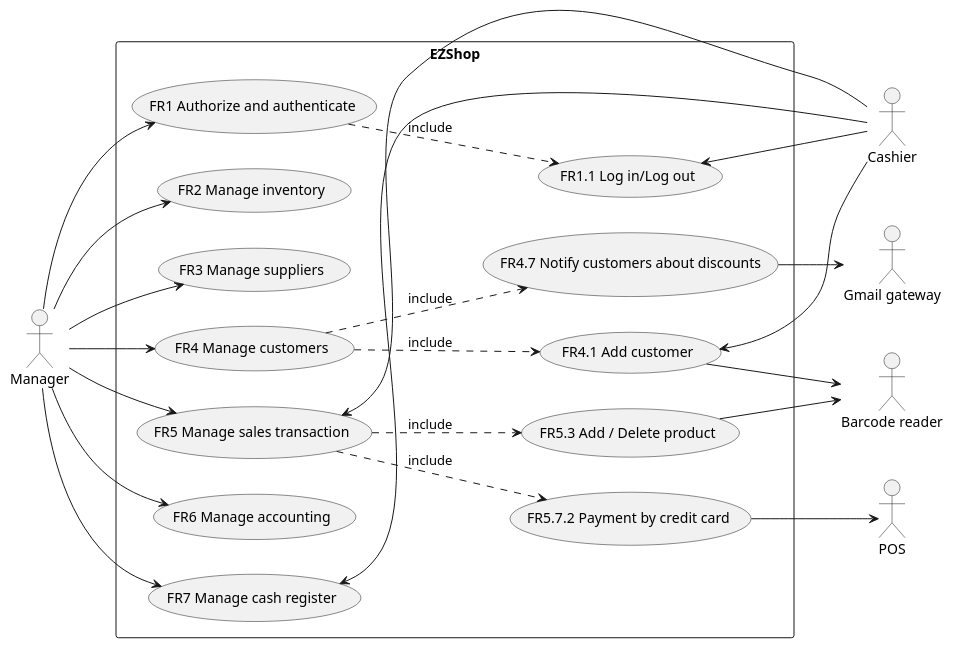
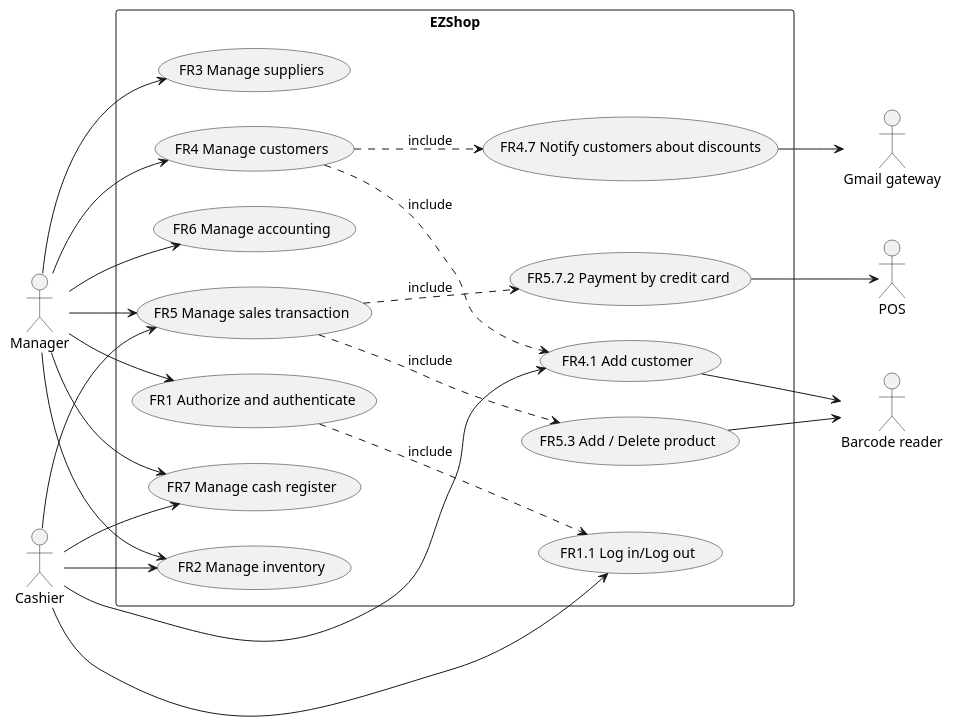
The second of 4 diagrams in Deliverables/RequirementsDocument.md (giuseppesalvi/ezshop), drawn with PlantUML before and after one commit.

Commit message:
cashier can manage inventory

````diff
--- a/Deliverables/RequirementsDocument.md
+++ b/Deliverables/RequirementsDocument.md
@@ -165,38 +165,39 @@
 ```plantuml
 left to right direction
 
 actor Manager as m
 actor Cashier as c
 actor POS as p
 actor "Barcode reader" as b
 actor "Gmail gateway" as g
 
 rectangle EZShop{
 (FR1 Authorize and authenticate) .down.> (FR1.1 Log in/Log out) :include
 m --> (FR1 Authorize and authenticate)
 (FR1.1 Log in/Log out) <-- c
 
 m --> (FR2 Manage inventory)
 
 m --> (FR3 Manage suppliers)
 
 (FR4 Manage customers) .down.> (FR4.1 Add customer) :include
 (FR4 Manage customers) .down.> (FR4.7 Notify customers about discounts) :include
 m --> (FR4 Manage customers)
 (FR4.1 Add customer) <-- c
 (FR4.1 Add customer) --> b
 (FR4.7 Notify customers about discounts) --> g
 
 (FR5 Manage sales transaction) .down.> (FR5.3 Add / Delete product) :include
 (FR5 Manage sales transaction) .down.> (FR5.7.2 Payment by credit card) :include
 m --> (FR5 Manage sales transaction)
 c --> (FR5 Manage sales transaction)
 (FR5.3 Add / Delete product) --> b
 (FR5.7.2 Payment by credit card) --> p
 
 m --> (FR6 Manage accounting)
 
 m --> (FR7 Manage cash register)
 c --> (FR7 Manage cash register)
+c --> (FR2 Manage inventory)
 }
 ```
````
